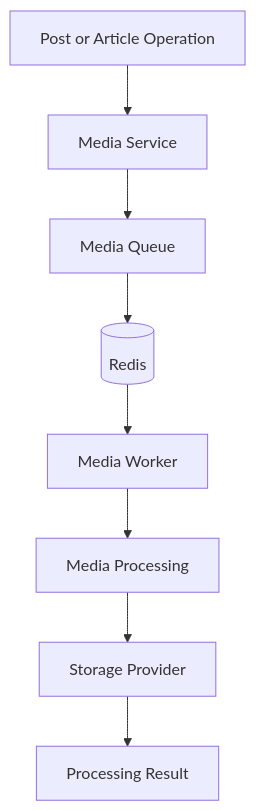
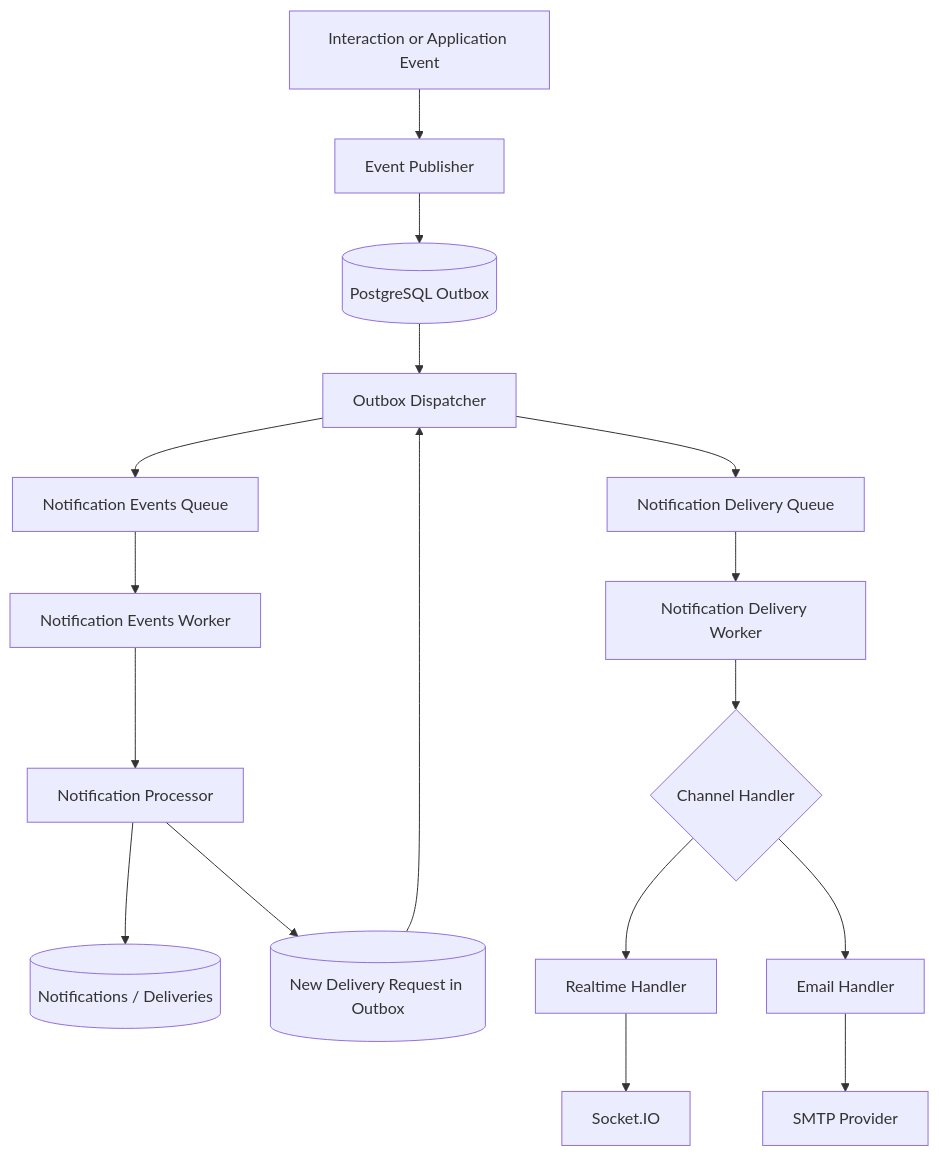
Before and after one commit to Afzal14786/writespace: the third of 5 diagrams in docs/operations/background-jobs.md, drawn with Mermaid. The commit also changed other lines of this file, not shown here.

Commit message:
docs(operations): document notification background workers

````diff
--- a/docs/operations/background-jobs.md
+++ b/docs/operations/background-jobs.md
@@ -236,10 +388,32 @@
 ```mermaid
 flowchart TD
-    A[Post or Article Operation] --> B[Media Service]
-    B --> C[Media Queue]
-    C --> D[(Redis)]
-    D --> E[Media Worker]
-    E --> F[Media Processing]
-    F --> G[Storage Provider]
-    G --> H[Processing Result]
+    A[Interaction or Application Event] --> B[Event Publisher]
+
+    B --> C[(PostgreSQL Outbox)]
+
+    C --> D[Outbox Dispatcher]
+
+    D --> E[Notification Events Queue]
+
+    E --> F[Notification Events Worker]
+
+    F --> G[Notification Processor]
+
+    G --> H[(Notifications / Deliveries)]
+
+    G --> I[(New Delivery Request in Outbox)]
+
+    I --> D
+
+    D --> J[Notification Delivery Queue]
+
+    J --> K[Notification Delivery Worker]
+
+    K --> L{Channel Handler}
+
+    L --> M[Realtime Handler]
+    L --> N[Email Handler]
+
+    M --> O[Socket.IO]
+    N --> P[SMTP Provider]
 ```
````
